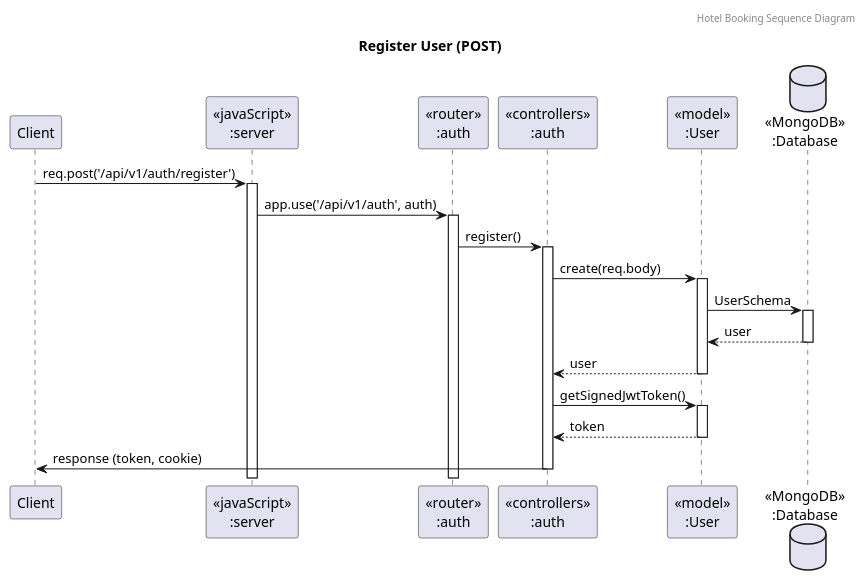
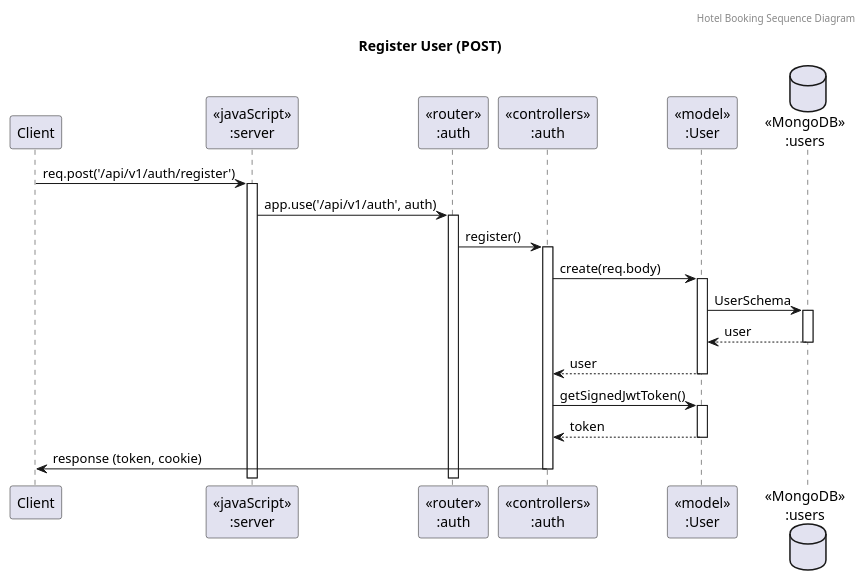
Before and after one commit to CaseCrescent/BackEnd-TestProject: the diagram in UMLDocuments/Sequence/User/UserRegister (Post)/UserRegister.puml, drawn with PlantUML. The commit also changed 13 other files, not shown here.

```diff
--- a/UMLDocuments/Sequence/User/UserRegister (Post)/UserRegister.puml
+++ b/UMLDocuments/Sequence/User/UserRegister (Post)/UserRegister.puml
@@ -1,29 +1,29 @@
 @startuml Register User (POST)
 header Hotel Booking Sequence Diagram
 title "Register User (POST)"
 
 participant "Client" as client
 participant "<<javaScript>>\n:server" as server
 participant "<<router>>\n:auth" as routerAuth
 participant "<<controllers>>\n:auth" as controllersAuth
 participant "<<model>>\n:User" as modelUser
-database "<<MongoDB>>\n:Database" as Database
+database "<<MongoDB>>\n:users" as Database
 
 client->server ++:req.post('/api/v1/auth/register')
 server->routerAuth ++:app.use('/api/v1/auth', auth)
 routerAuth -> controllersAuth ++:register()
 
 ' Create User
 controllersAuth->modelUser ++:create(req.body)
 modelUser ->Database ++: UserSchema
 Database --> modelUser --: user
 controllersAuth <-- modelUser --:user
 
 ' Generate Token
 controllersAuth->modelUser ++:getSignedJwtToken()
 modelUser --> controllersAuth --: token
 
 ' Send Response with Cookie
 controllersAuth->client --:response (token, cookie)
 
 @enduml
```
